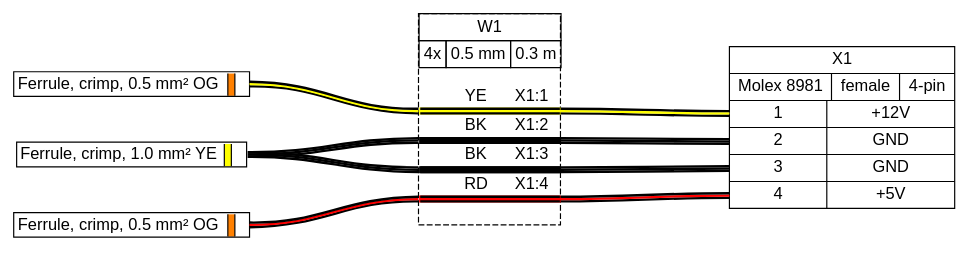
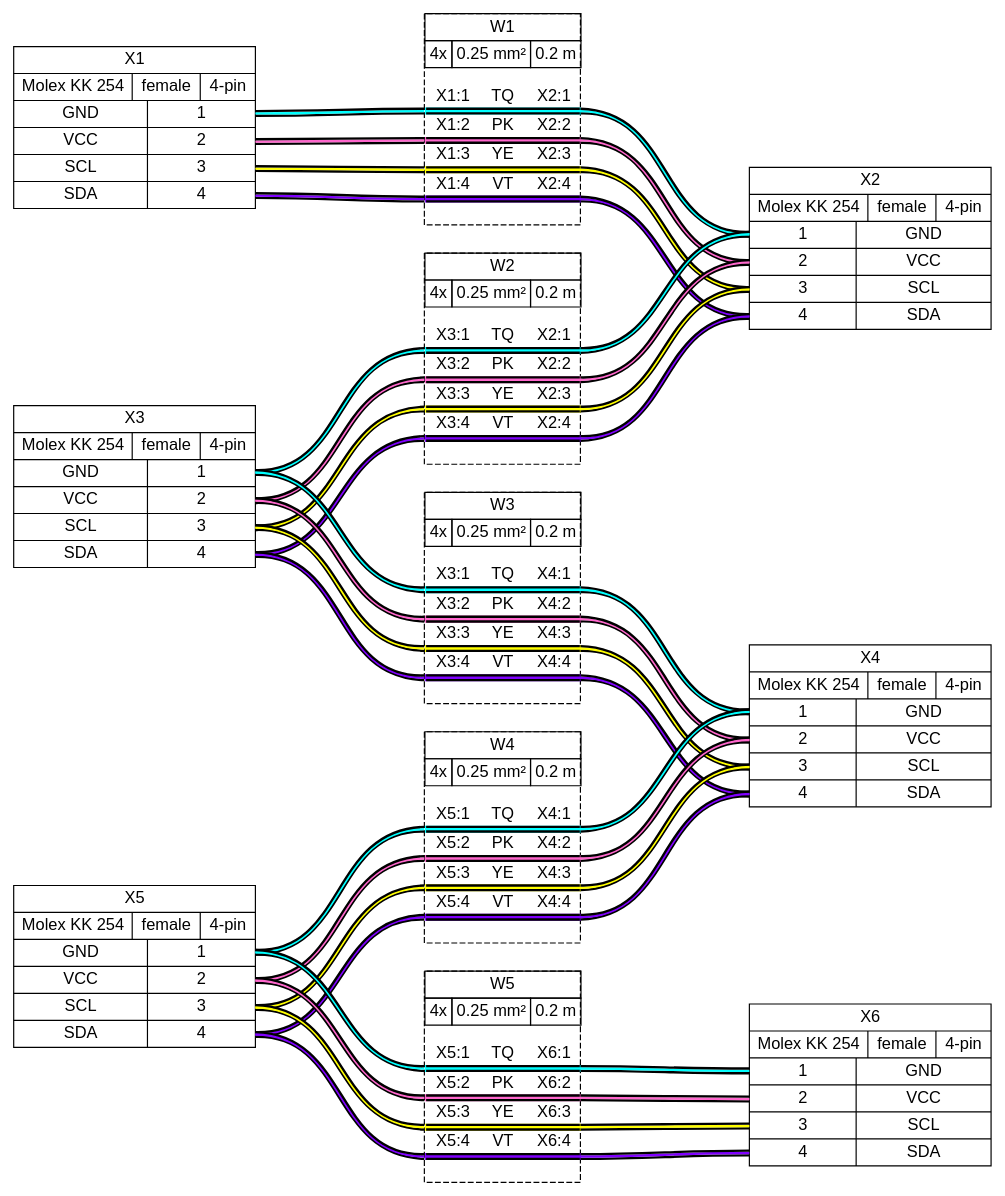
One commit to wireviz/WireViz changed the diagram in tutorial/tutorial07.gv. Above: the diagram before and after it, drawn with Graphviz. The commit also changed 28 other files, not shown here.

```diff
--- a/tutorial/tutorial07.gv
+++ b/tutorial/tutorial07.gv
@@ -1,55 +1,78 @@
 graph {
 // Graph generated by WireViz
 // https://github.com/formatc1702/WireViz
 	graph [bgcolor=white fontname=arial nodesep=0.33 rankdir=LR ranksep=2]
 	node [fillcolor=white fontname=arial shape=record style=filled]
 	edge [fontname=arial style=bold]
-	X1 [label="X1|{Molex 8981|female|4-pin}|{{<p1l>1|<p2l>2|<p3l>3|<p4l>4}|{+12V|GND|GND|+5V}}"]
-	F_10_1 [label=<
-
-                <TABLE BORDER="1" CELLBORDER="0" CELLSPACING="0" CELLPADDING="2"><TR>
-                <TD PORT="p1l"> Ferrule, crimp, 1.0 mm² YE </TD>
-                <TD BGCOLOR="#FFFF00" BORDER="1" SIDES="LR" WIDTH="4"></TD>
-                <TD PORT="p1r">  </TD>
-                </TR></TABLE>
-
-
-                > margin=0 orientation=180 shape=none style=filled]
-	_F1 [label=<
-
-                <TABLE BORDER="1" CELLBORDER="0" CELLSPACING="0" CELLPADDING="2"><TR>
-                <TD PORT="p1l"> Ferrule, crimp, 0.5 mm² OG </TD>
-                <TD BGCOLOR="#FF8000" BORDER="1" SIDES="LR" WIDTH="4"></TD>
-                <TD PORT="p1r">  </TD>
-                </TR></TABLE>
-
-
-                > margin=0 orientation=180 shape=none style=filled]
-	_F2 [label=<
-
-                <TABLE BORDER="1" CELLBORDER="0" CELLSPACING="0" CELLPADDING="2"><TR>
-                <TD PORT="p1l"> Ferrule, crimp, 0.5 mm² OG </TD>
-                <TD BGCOLOR="#FF8000" BORDER="1" SIDES="LR" WIDTH="4"></TD>
-                <TD PORT="p1r">  </TD>
-                </TR></TABLE>
-
-
-                > margin=0 orientation=180 shape=none style=filled]
+	X1 [label="X1|{Molex KK 254|female|4-pin}|{{GND|VCC|SCL|SDA}|{<p1r>1|<p2r>2|<p3r>3|<p4r>4}}"]
+	X2 [label="X2|{Molex KK 254|female|4-pin}|{{<p1l>1|<p2l>2|<p3l>3|<p4l>4}|{GND|VCC|SCL|SDA}}"]
+	X3 [label="X3|{Molex KK 254|female|4-pin}|{{GND|VCC|SCL|SDA}|{<p1r>1|<p2r>2|<p3r>3|<p4r>4}}"]
+	X4 [label="X4|{Molex KK 254|female|4-pin}|{{<p1l>1|<p2l>2|<p3l>3|<p4l>4}|{GND|VCC|SCL|SDA}}"]
+	X5 [label="X5|{Molex KK 254|female|4-pin}|{{GND|VCC|SCL|SDA}|{<p1r>1|<p2r>2|<p3r>3|<p4r>4}}"]
+	X6 [label="X6|{Molex KK 254|female|4-pin}|{{<p1l>1|<p2l>2|<p3l>3|<p4l>4}|{GND|VCC|SCL|SDA}}"]
+	edge [color="#000000:#00ffff:#000000"]
+	X1:p1r:e -- W1:w1:w
+	W1:w1:e -- X2:p1l:w
+	edge [color="#000000:#ff66cc:#000000"]
+	X1:p2r:e -- W1:w2:w
+	W1:w2:e -- X2:p2l:w
 	edge [color="#000000:#ffff00:#000000"]
-	_F1:e -- W1:w1:w
-	edge [color="#000000:#ff0000:#000000"]
-	_F2:e -- W1:w4:w
+	X1:p3r:e -- W1:w3:w
+	W1:w3:e -- X2:p3l:w
+	edge [color="#000000:#8000ff:#000000"]
+	X1:p4r:e -- W1:w4:w
+	W1:w4:e -- X2:p4l:w
+	W1 [label=<<table border="0" cellspacing="0" cellpadding="0"><tr><td><table border="0" cellspacing="0" cellpadding="3" cellborder="1"><tr><td colspan="3">W1</td></tr><tr><td>4x</td><td>0.25 mm²</td><td>0.2 m</td></tr></table></td></tr><tr><td>&nbsp;</td></tr><tr><td><table border="0" cellspacing="0" cellborder="0"><tr><td>X1:1</td><td>TQ</td><td>X2:1</td></tr><tr><td colspan="3" cellpadding="0" height="6" bgcolor="#00ffff" border="2" sides="tb" port="w1"></td></tr><tr><td>X1:2</td><td>PK</td><td>X2:2</td></tr><tr><td colspan="3" cellpadding="0" height="6" bgcolor="#ff66cc" border="2" sides="tb" port="w2"></td></tr><tr><td>X1:3</td><td>YE</td><td>X2:3</td></tr><tr><td colspan="3" cellpadding="0" height="6" bgcolor="#ffff00" border="2" sides="tb" port="w3"></td></tr><tr><td>X1:4</td><td>VT</td><td>X2:4</td></tr><tr><td colspan="3" cellpadding="0" height="6" bgcolor="#8000ff" border="2" sides="tb" port="w4"></td></tr><tr><td>&nbsp;</td></tr></table></td></tr></table>> fillcolor=white margin=0 shape=box style="filled,dashed"]
+	edge [color="#000000:#00ffff:#000000"]
+	X3:p1r:e -- W2:w1:w
+	W2:w1:e -- X2:p1l:w
+	edge [color="#000000:#ff66cc:#000000"]
+	X3:p2r:e -- W2:w2:w
+	W2:w2:e -- X2:p2l:w
 	edge [color="#000000:#ffff00:#000000"]
-	W1:w1:e -- X1:p1l:w
-	edge [color="#000000:#000000:#000000"]
-	W1:w2:e -- X1:p2l:w
-	edge [color="#000000:#000000:#000000"]
-	W1:w3:e -- X1:p3l:w
-	edge [color="#000000:#ff0000:#000000"]
-	W1:w4:e -- X1:p4l:w
-	edge [color="#000000:#000000:#000000"]
-	F_10_1:e -- W1:w2:w
-	edge [color="#000000:#000000:#000000"]
-	F_10_1:e -- W1:w3:w
-	W1 [label=<<table border="0" cellspacing="0" cellpadding="0"><tr><td><table border="0" cellspacing="0" cellpadding="3" cellborder="1"><tr><td colspan="3">W1</td></tr><tr><td>4x</td><td>0.5 mm</td><td>0.3 m</td></tr></table></td></tr><tr><td>&nbsp;</td></tr><tr><td><table border="0" cellspacing="0" cellborder="0"><tr><td></td><td>YE</td><td>X1:1</td></tr><tr><td colspan="3" cellpadding="0" height="6" bgcolor="#ffff00" border="2" sides="tb" port="w1"></td></tr><tr><td></td><td>BK</td><td>X1:2</td></tr><tr><td colspan="3" cellpadding="0" height="6" bgcolor="#000000" border="2" sides="tb" port="w2"></td></tr><tr><td></td><td>BK</td><td>X1:3</td></tr><tr><td colspan="3" cellpadding="0" height="6" bgcolor="#000000" border="2" sides="tb" port="w3"></td></tr><tr><td></td><td>RD</td><td>X1:4</td></tr><tr><td colspan="3" cellpadding="0" height="6" bgcolor="#ff0000" border="2" sides="tb" port="w4"></td></tr><tr><td>&nbsp;</td></tr></table></td></tr></table>> fillcolor=white margin=0 shape=box style="filled,dashed"]
+	X3:p3r:e -- W2:w3:w
+	W2:w3:e -- X2:p3l:w
+	edge [color="#000000:#8000ff:#000000"]
+	X3:p4r:e -- W2:w4:w
+	W2:w4:e -- X2:p4l:w
+	W2 [label=<<table border="0" cellspacing="0" cellpadding="0"><tr><td><table border="0" cellspacing="0" cellpadding="3" cellborder="1"><tr><td colspan="3">W2</td></tr><tr><td>4x</td><td>0.25 mm²</td><td>0.2 m</td></tr></table></td></tr><tr><td>&nbsp;</td></tr><tr><td><table border="0" cellspacing="0" cellborder="0"><tr><td>X3:1</td><td>TQ</td><td>X2:1</td></tr><tr><td colspan="3" cellpadding="0" height="6" bgcolor="#00ffff" border="2" sides="tb" port="w1"></td></tr><tr><td>X3:2</td><td>PK</td><td>X2:2</td></tr><tr><td colspan="3" cellpadding="0" height="6" bgcolor="#ff66cc" border="2" sides="tb" port="w2"></td></tr><tr><td>X3:3</td><td>YE</td><td>X2:3</td></tr><tr><td colspan="3" cellpadding="0" height="6" bgcolor="#ffff00" border="2" sides="tb" port="w3"></td></tr><tr><td>X3:4</td><td>VT</td><td>X2:4</td></tr><tr><td colspan="3" cellpadding="0" height="6" bgcolor="#8000ff" border="2" sides="tb" port="w4"></td></tr><tr><td>&nbsp;</td></tr></table></td></tr></table>> fillcolor=white margin=0 shape=box style="filled,dashed"]
+	edge [color="#000000:#00ffff:#000000"]
+	X3:p1r:e -- W3:w1:w
+	W3:w1:e -- X4:p1l:w
+	edge [color="#000000:#ff66cc:#000000"]
+	X3:p2r:e -- W3:w2:w
+	W3:w2:e -- X4:p2l:w
+	edge [color="#000000:#ffff00:#000000"]
+	X3:p3r:e -- W3:w3:w
+	W3:w3:e -- X4:p3l:w
+	edge [color="#000000:#8000ff:#000000"]
+	X3:p4r:e -- W3:w4:w
+	W3:w4:e -- X4:p4l:w
+	W3 [label=<<table border="0" cellspacing="0" cellpadding="0"><tr><td><table border="0" cellspacing="0" cellpadding="3" cellborder="1"><tr><td colspan="3">W3</td></tr><tr><td>4x</td><td>0.25 mm²</td><td>0.2 m</td></tr></table></td></tr><tr><td>&nbsp;</td></tr><tr><td><table border="0" cellspacing="0" cellborder="0"><tr><td>X3:1</td><td>TQ</td><td>X4:1</td></tr><tr><td colspan="3" cellpadding="0" height="6" bgcolor="#00ffff" border="2" sides="tb" port="w1"></td></tr><tr><td>X3:2</td><td>PK</td><td>X4:2</td></tr><tr><td colspan="3" cellpadding="0" height="6" bgcolor="#ff66cc" border="2" sides="tb" port="w2"></td></tr><tr><td>X3:3</td><td>YE</td><td>X4:3</td></tr><tr><td colspan="3" cellpadding="0" height="6" bgcolor="#ffff00" border="2" sides="tb" port="w3"></td></tr><tr><td>X3:4</td><td>VT</td><td>X4:4</td></tr><tr><td colspan="3" cellpadding="0" height="6" bgcolor="#8000ff" border="2" sides="tb" port="w4"></td></tr><tr><td>&nbsp;</td></tr></table></td></tr></table>> fillcolor=white margin=0 shape=box style="filled,dashed"]
+	edge [color="#000000:#00ffff:#000000"]
+	X5:p1r:e -- W4:w1:w
+	W4:w1:e -- X4:p1l:w
+	edge [color="#000000:#ff66cc:#000000"]
+	X5:p2r:e -- W4:w2:w
+	W4:w2:e -- X4:p2l:w
+	edge [color="#000000:#ffff00:#000000"]
+	X5:p3r:e -- W4:w3:w
+	W4:w3:e -- X4:p3l:w
+	edge [color="#000000:#8000ff:#000000"]
+	X5:p4r:e -- W4:w4:w
+	W4:w4:e -- X4:p4l:w
+	W4 [label=<<table border="0" cellspacing="0" cellpadding="0"><tr><td><table border="0" cellspacing="0" cellpadding="3" cellborder="1"><tr><td colspan="3">W4</td></tr><tr><td>4x</td><td>0.25 mm²</td><td>0.2 m</td></tr></table></td></tr><tr><td>&nbsp;</td></tr><tr><td><table border="0" cellspacing="0" cellborder="0"><tr><td>X5:1</td><td>TQ</td><td>X4:1</td></tr><tr><td colspan="3" cellpadding="0" height="6" bgcolor="#00ffff" border="2" sides="tb" port="w1"></td></tr><tr><td>X5:2</td><td>PK</td><td>X4:2</td></tr><tr><td colspan="3" cellpadding="0" height="6" bgcolor="#ff66cc" border="2" sides="tb" port="w2"></td></tr><tr><td>X5:3</td><td>YE</td><td>X4:3</td></tr><tr><td colspan="3" cellpadding="0" height="6" bgcolor="#ffff00" border="2" sides="tb" port="w3"></td></tr><tr><td>X5:4</td><td>VT</td><td>X4:4</td></tr><tr><td colspan="3" cellpadding="0" height="6" bgcolor="#8000ff" border="2" sides="tb" port="w4"></td></tr><tr><td>&nbsp;</td></tr></table></td></tr></table>> fillcolor=white margin=0 shape=box style="filled,dashed"]
+	edge [color="#000000:#00ffff:#000000"]
+	X5:p1r:e -- W5:w1:w
+	W5:w1:e -- X6:p1l:w
+	edge [color="#000000:#ff66cc:#000000"]
+	X5:p2r:e -- W5:w2:w
+	W5:w2:e -- X6:p2l:w
+	edge [color="#000000:#ffff00:#000000"]
+	X5:p3r:e -- W5:w3:w
+	W5:w3:e -- X6:p3l:w
+	edge [color="#000000:#8000ff:#000000"]
+	X5:p4r:e -- W5:w4:w
+	W5:w4:e -- X6:p4l:w
+	W5 [label=<<table border="0" cellspacing="0" cellpadding="0"><tr><td><table border="0" cellspacing="0" cellpadding="3" cellborder="1"><tr><td colspan="3">W5</td></tr><tr><td>4x</td><td>0.25 mm²</td><td>0.2 m</td></tr></table></td></tr><tr><td>&nbsp;</td></tr><tr><td><table border="0" cellspacing="0" cellborder="0"><tr><td>X5:1</td><td>TQ</td><td>X6:1</td></tr><tr><td colspan="3" cellpadding="0" height="6" bgcolor="#00ffff" border="2" sides="tb" port="w1"></td></tr><tr><td>X5:2</td><td>PK</td><td>X6:2</td></tr><tr><td colspan="3" cellpadding="0" height="6" bgcolor="#ff66cc" border="2" sides="tb" port="w2"></td></tr><tr><td>X5:3</td><td>YE</td><td>X6:3</td></tr><tr><td colspan="3" cellpadding="0" height="6" bgcolor="#ffff00" border="2" sides="tb" port="w3"></td></tr><tr><td>X5:4</td><td>VT</td><td>X6:4</td></tr><tr><td colspan="3" cellpadding="0" height="6" bgcolor="#8000ff" border="2" sides="tb" port="w4"></td></tr><tr><td>&nbsp;</td></tr></table></td></tr></table>> fillcolor=white margin=0 shape=box style="filled,dashed"]
 }
```
